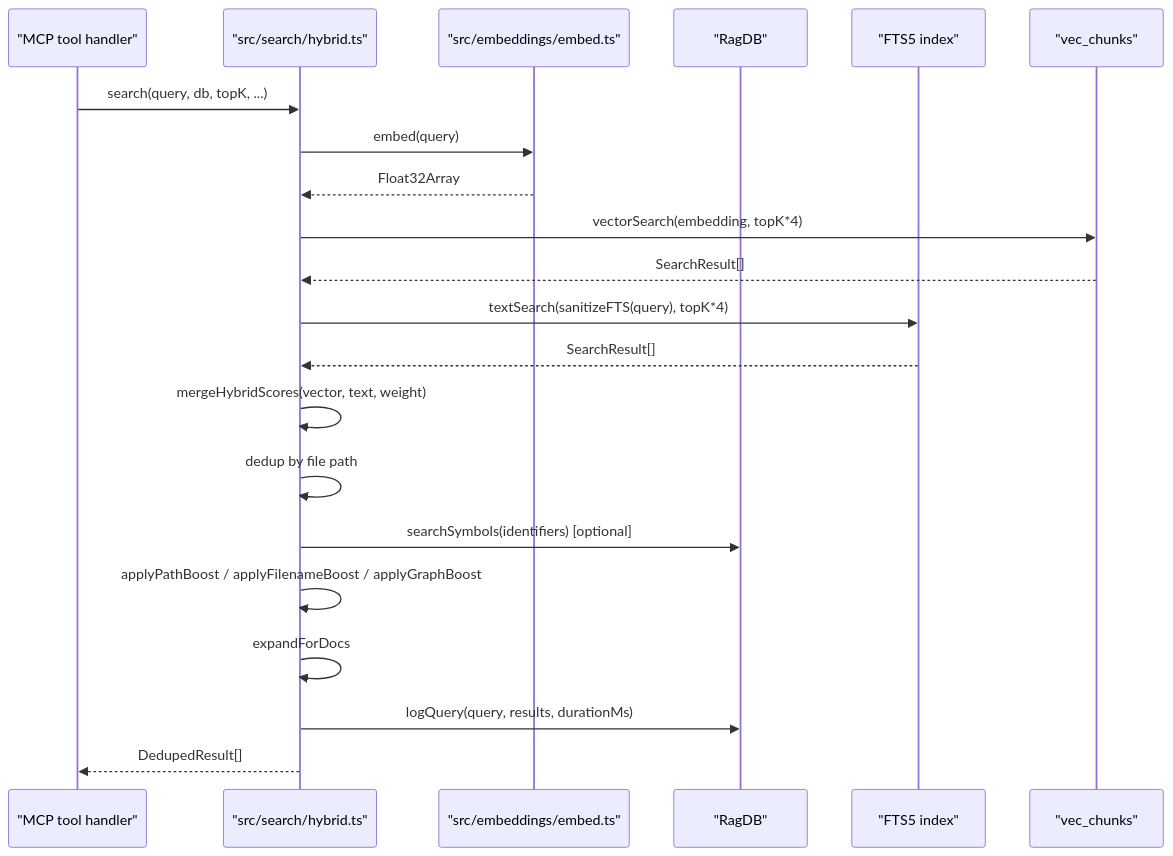
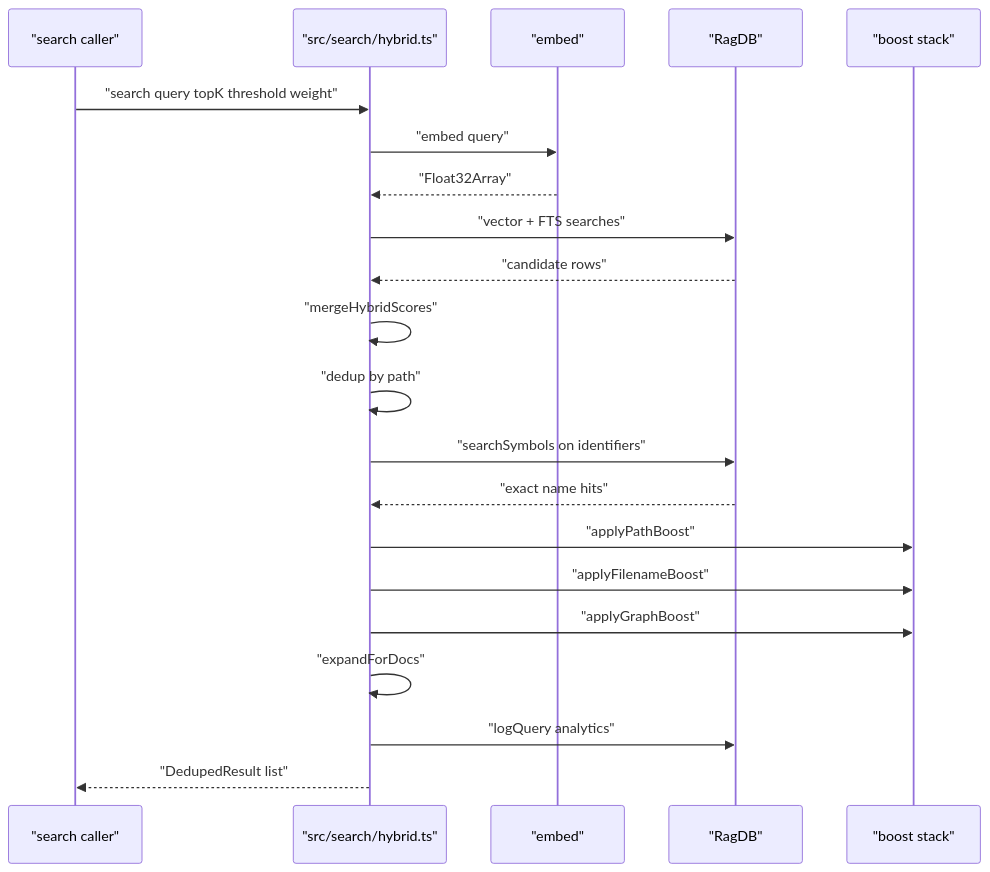
The first of 2 diagrams in wiki/communities/search-runtime.md (TheWinci/mimirs), drawn with Mermaid before and after one commit. The commit also changed other lines of this file and 36 other files, not shown here.

````diff
--- a/wiki/communities/search-runtime.md
+++ b/wiki/communities/search-runtime.md
@@ -53,24 +51,23 @@
 ```mermaid
 sequenceDiagram
-    participant MCP as "MCP tool handler"
-    participant hybridSrc as "src/search/hybrid.ts"
-    participant embedder as "src/embeddings/embed.ts"
-    participant db as "RagDB"
-    participant fts as "FTS5 index"
-    participant vec as "vec_chunks"
-
-    MCP->>hybridSrc: search(query, db, topK, ...)
-    hybridSrc->>embedder: embed(query)
-    embedder-->>hybridSrc: Float32Array
-    hybridSrc->>vec: vectorSearch(embedding, topK*4)
-    vec-->>hybridSrc: SearchResult[]
-    hybridSrc->>fts: textSearch(sanitizeFTS(query), topK*4)
-    fts-->>hybridSrc: SearchResult[]
-    hybridSrc->>hybridSrc: mergeHybridScores(vector, text, weight)
-    hybridSrc->>hybridSrc: dedup by file path
-    hybridSrc->>db: searchSymbols(identifiers) [optional]
-    hybridSrc->>hybridSrc: applyPathBoost / applyFilenameBoost / applyGraphBoost
-    hybridSrc->>hybridSrc: expandForDocs
-    hybridSrc->>db: logQuery(query, results, durationMs)
-    hybridSrc-->>MCP: DedupedResult[]
+    participant caller as "search caller"
+    participant hybrid as "src/search/hybrid.ts"
+    participant embedFn as "embed"
+    participant ragdb as "RagDB"
+    participant scorer as "boost stack"
+    caller->>hybrid: "search query topK threshold weight"
+    hybrid->>embedFn: "embed query"
+    embedFn-->>hybrid: "Float32Array"
+    hybrid->>ragdb: "vector + FTS searches"
+    ragdb-->>hybrid: "candidate rows"
+    hybrid->>hybrid: "mergeHybridScores"
+    hybrid->>hybrid: "dedup by path"
+    hybrid->>ragdb: "searchSymbols on identifiers"
+    ragdb-->>hybrid: "exact name hits"
+    hybrid->>scorer: "applyPathBoost"
+    hybrid->>scorer: "applyFilenameBoost"
+    hybrid->>scorer: "applyGraphBoost"
+    hybrid->>hybrid: "expandForDocs"
+    hybrid->>ragdb: "logQuery analytics"
+    hybrid-->>caller: "DedupedResult list"
 ```
````
